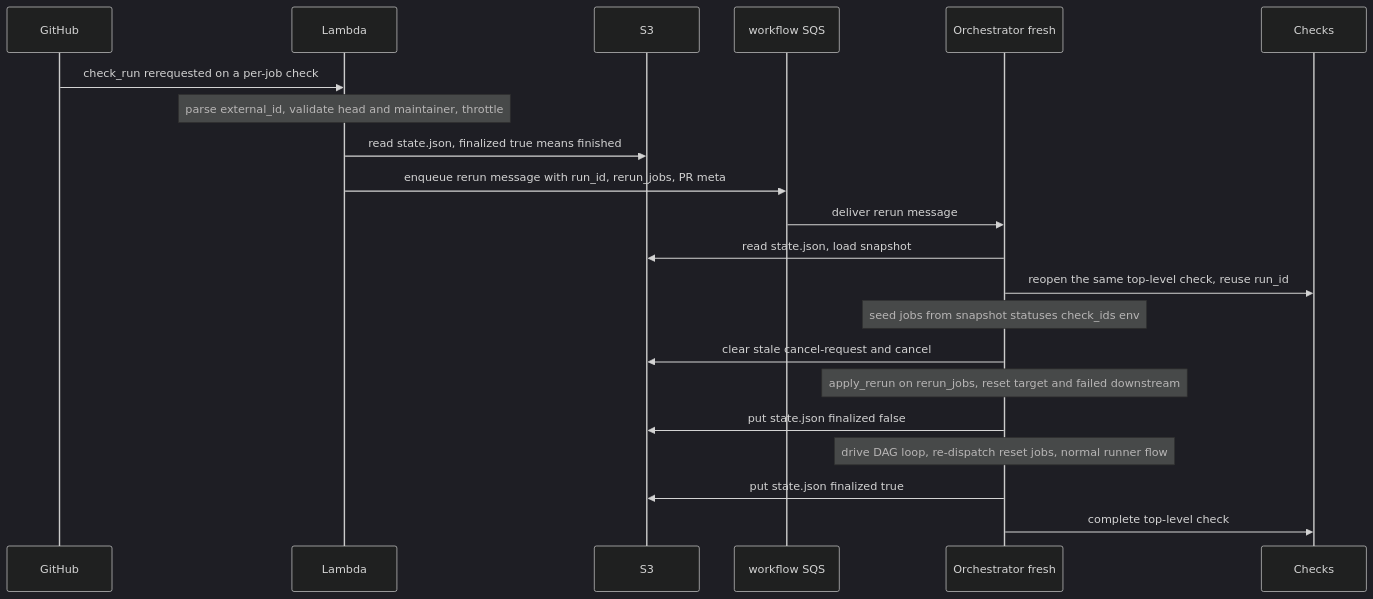
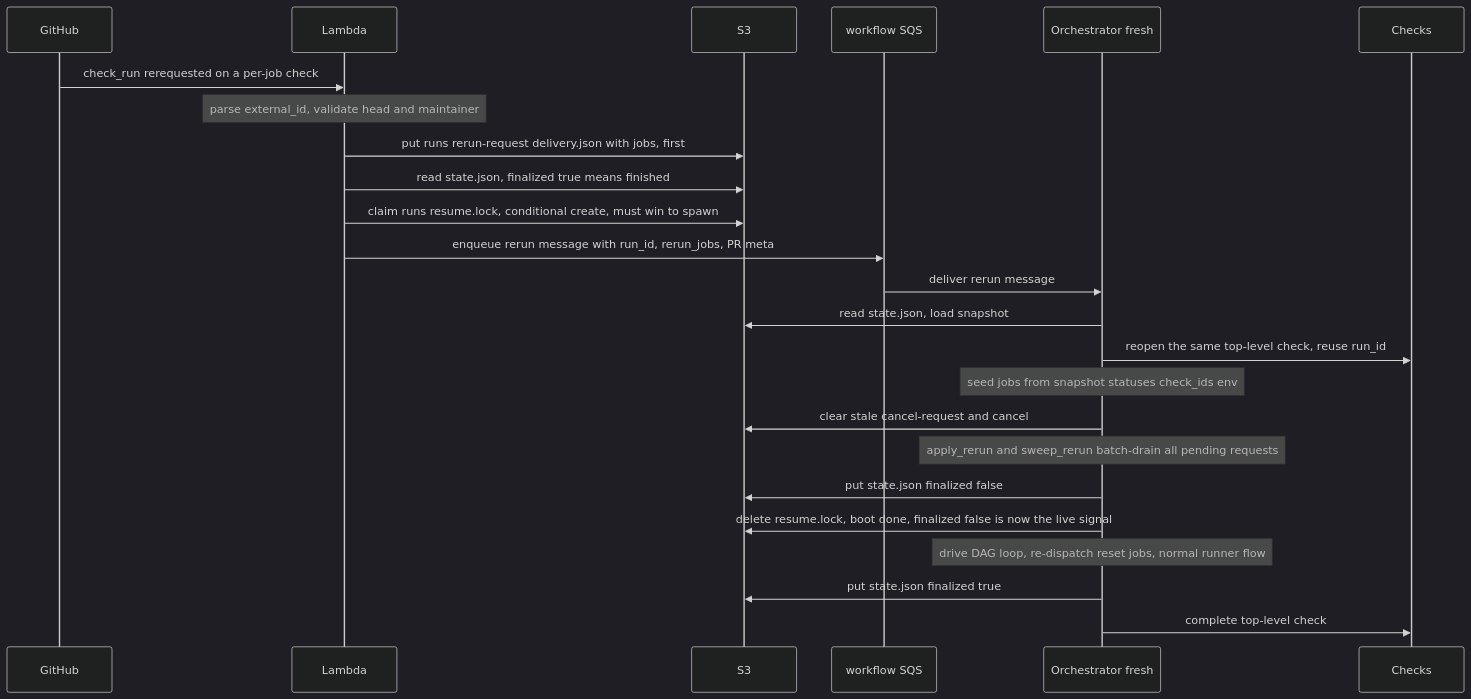
One commit to ClickHouse/praktika changed the fourth of 4 diagrams in praktika/orchestrator/LIFECYCLE.md. Above: the diagram before and after it, drawn with Mermaid (dark theme). The commit also changed other lines of this file and 8 other files, not shown here.

````diff
--- a/praktika/orchestrator/LIFECYCLE.md
+++ b/praktika/orchestrator/LIFECYCLE.md
@@ -138,24 +140,27 @@
 ```mermaid
 sequenceDiagram
     participant GH as GitHub
     participant L as Lambda
     participant S3 as S3
     participant WQ as workflow SQS
     participant O2 as Orchestrator fresh
     participant CK as Checks
 
     GH->>L: check_run rerequested on a per-job check
-    Note over L: parse external_id, validate head and maintainer, throttle
+    Note over L: parse external_id, validate head and maintainer
+    L->>S3: put runs rerun-request delivery.json with jobs, first
     L->>S3: read state.json, finalized true means finished
+    L->>S3: claim runs resume.lock, conditional create, must win to spawn
     L->>WQ: enqueue rerun message with run_id, rerun_jobs, PR meta
     WQ->>O2: deliver rerun message
     O2->>S3: read state.json, load snapshot
     O2->>CK: reopen the same top-level check, reuse run_id
     Note over O2: seed jobs from snapshot statuses check_ids env
     O2->>S3: clear stale cancel-request and cancel
-    Note over O2: apply_rerun on rerun_jobs, reset target and failed downstream
+    Note over O2: apply_rerun and sweep_rerun batch-drain all pending requests
     O2->>S3: put state.json finalized false
+    O2->>S3: delete resume.lock, boot done, finalized false is now the live signal
     Note over O2: drive DAG loop, re-dispatch reset jobs, normal runner flow
     O2->>S3: put state.json finalized true
     O2->>CK: complete top-level check
 ```
````
